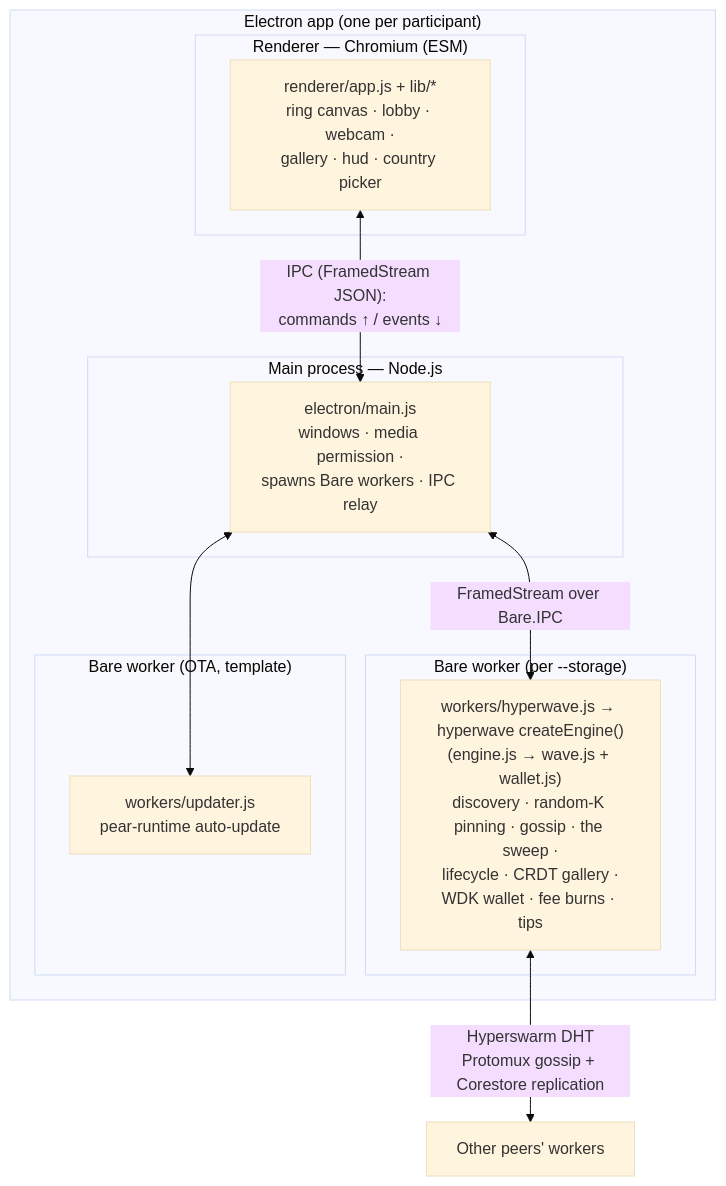
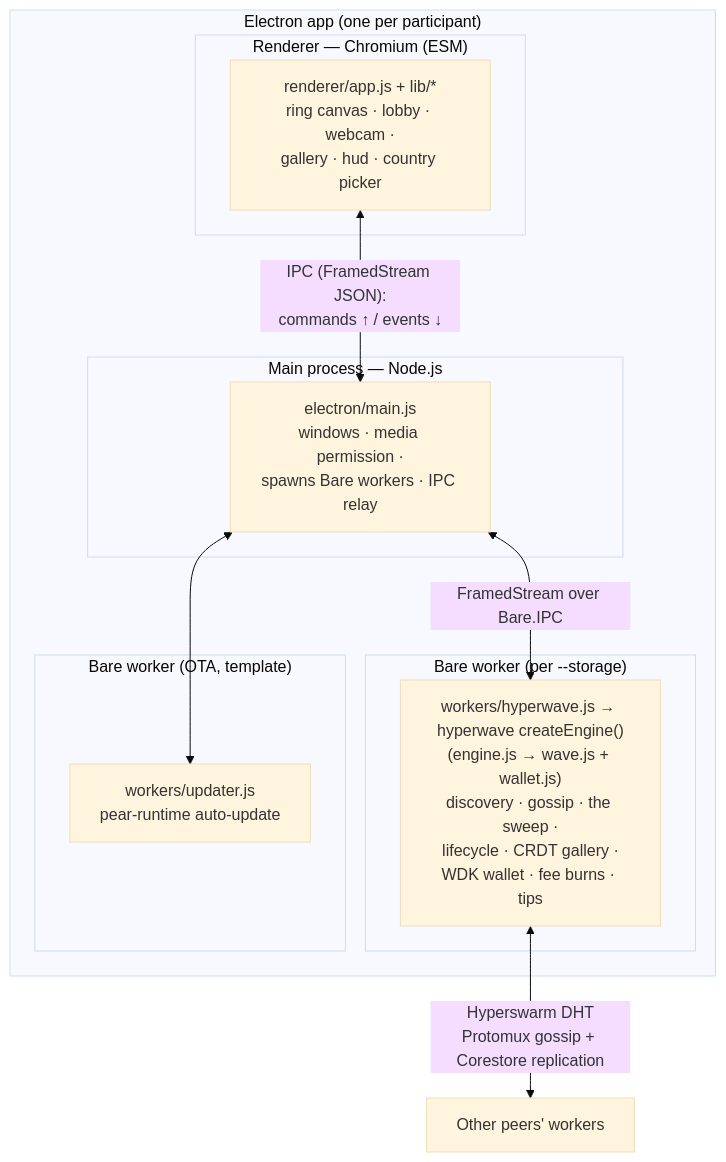
The diagram in docs/architecture.md (mnaamani/hyper-wave), drawn with Mermaid (base theme) before and after one commit. The commit also changed other lines of this file and 45 other files, not shown here.

````diff
--- a/docs/architecture.md
+++ b/docs/architecture.md
@@ -22,23 +22,23 @@
 ```mermaid
 flowchart TB
   subgraph Electron["Electron app (one per participant)"]
     subgraph Main["Main process — Node.js"]
       M["electron/main.js<br/>windows · media permission ·<br/>spawns Bare workers · IPC relay"]
     end
     subgraph Renderer["Renderer — Chromium (ESM)"]
       R["renderer/app.js + lib/*<br/>ring canvas · lobby · webcam ·<br/>gallery · hud · country picker"]
     end
     subgraph Worker["Bare worker (per --storage)"]
-      W["workers/hyperwave.js → hyperwave createEngine()<br/>(engine.js → wave.js + wallet.js)<br/>discovery · random-K pinning · gossip · the sweep ·<br/>lifecycle · CRDT gallery ·<br/>WDK wallet · fee burns · tips"]
+      W["workers/hyperwave.js → hyperwave createEngine()<br/>(engine.js → wave.js + wallet.js)<br/>discovery · gossip · the sweep ·<br/>lifecycle · CRDT gallery ·<br/>WDK wallet · fee burns · tips"]
     end
     subgraph Updater["Bare worker (OTA, template)"]
       U["workers/updater.js<br/>pear-runtime auto-update"]
     end
   end
 
   R <-->|"IPC (FramedStream JSON):<br/>commands ↑ / events ↓"| M
   M <-->|"FramedStream over Bare.IPC"| W
   M <--> U
 
   W <-->|"Hyperswarm DHT<br/>Protomux gossip + Corestore replication"| Peers["Other peers' workers"]
 ```
````
